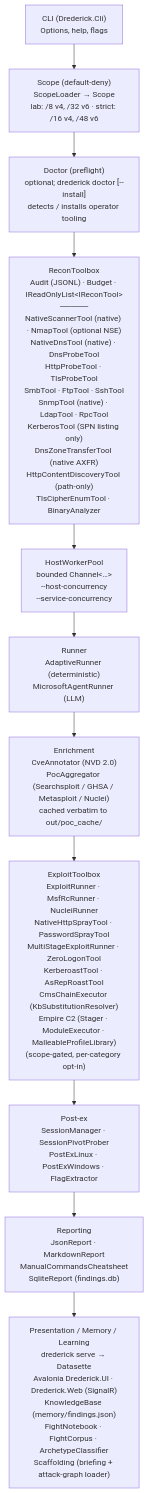
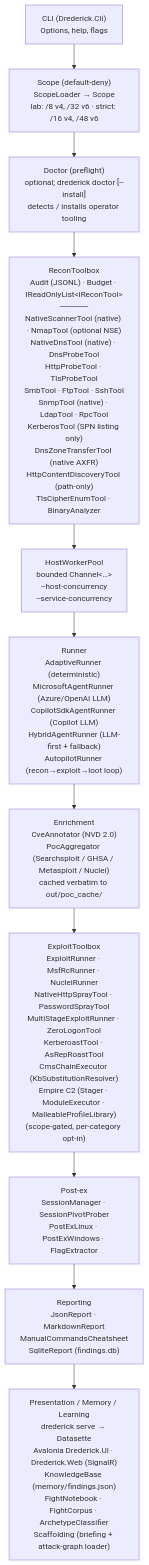
Before and after one commit to SchwartzKamel/drederick: the diagram in docs/ARCHITECTURE.md, drawn with Mermaid. The commit also changed 1 other file, not shown here.

Commit message:
docs(audit): sync Mermaid diagrams with v0.4.0 components (#21)
ARCHITECTURE.md (layered subsystem diagram):
- Runner node now lists CopilotSdkAgentRunner, HybridAgentRunner, and
  AutopilotRunner alongside AdaptiveRunner / MicrosoftAgentRunner so the
  diagram matches src/Drederick/Agent/ + src/Drederick/Autopilot/ today.

POST_EXPLOITATION.md (post-ex data flow):
- LLM node now includes LlmExecShellTool and LlmNotebookTool in addition
  to LlmExploitTools, reflecting src/Drederick/Exploit/LlmExecShellTool.cs
  and src/Drederick/Agent/LlmNotebookTool.cs.

Other diagrams reviewed and current:
- README.md short architecture diagram (already mentions HybridAgentRunner).
- docs/UI.md (UI→Host→Scanners — structurally accurate).
- docs/DATASETTE.md (ER diagram — schema accurate).

````diff
--- a/docs/ARCHITECTURE.md
+++ b/docs/ARCHITECTURE.md
@@ -74,16 +74,16 @@
 ```mermaid
 flowchart TD
     CLI["CLI (Drederick.Cli)<br/>Options, help, flags"]
     Scope["Scope (default-deny)<br/>ScopeLoader → Scope<br/>lab: /8 v4, /32 v6 · strict: /16 v4, /48 v6"]
     Doctor["Doctor (preflight)<br/>optional; drederick doctor [--install]<br/>detects / installs operator tooling"]
     Toolbox["ReconToolbox<br/>Audit (JSONL) · Budget · IReadOnlyList&lt;IReconTool&gt;<br/>─────<br/>NativeScannerTool (native) · NmapTool (optional NSE)<br/>NativeDnsTool (native) · DnsProbeTool<br/>HttpProbeTool · TlsProbeTool<br/>SmbTool · FtpTool · SshTool<br/>SnmpTool (native) · LdapTool · RpcTool<br/>KerberosTool (SPN listing only)<br/>DnsZoneTransferTool (native AXFR)<br/>HttpContentDiscoveryTool (path-only)<br/>TlsCipherEnumTool · BinaryAnalyzer"]
     Pool["HostWorkerPool<br/>bounded Channel&lt;…&gt;<br/>--host-concurrency<br/>--service-concurrency"]
-    Runner["Runner<br/>AdaptiveRunner (deterministic)<br/>MicrosoftAgentRunner (LLM)"]
+    Runner["Runner<br/>AdaptiveRunner (deterministic)<br/>MicrosoftAgentRunner (Azure/OpenAI LLM)<br/>CopilotSdkAgentRunner (Copilot LLM)<br/>HybridAgentRunner (LLM-first + fallback)<br/>AutopilotRunner (recon→exploit→loot loop)"]
     Enrich["Enrichment<br/>CveAnnotator (NVD 2.0)<br/>PocAggregator (Searchsploit / GHSA / Metasploit / Nuclei)<br/>cached verbatim to out/poc_cache/"]
     Exploit["ExploitToolbox<br/>ExploitRunner · MsfRcRunner · NucleiRunner<br/>NativeHttpSprayTool · PasswordSprayTool<br/>MultiStageExploitRunner · ZeroLogonTool<br/>KerberoastTool · AsRepRoastTool<br/>CmsChainExecutor (KbSubstitutionResolver)<br/>Empire C2 (Stager · ModuleExecutor · MalleableProfileLibrary)<br/>(scope-gated, per-category opt-in)"]
     PostEx["Post-ex<br/>SessionManager · SessionPivotProber<br/>PostExLinux · PostExWindows · FlagExtractor"]
     Report["Reporting<br/>JsonReport · MarkdownReport<br/>ManualCommandsCheatsheet<br/>SqliteReport (findings.db)"]
     Present["Presentation / Memory / Learning<br/>drederick serve → Datasette<br/>Avalonia Drederick.UI · Drederick.Web (SignalR)<br/>KnowledgeBase (memory/findings.json)<br/>FightNotebook · FightCorpus · ArchetypeClassifier<br/>Scaffolding (briefing + attack-graph loader)"]
 
     CLI --> Scope --> Doctor --> Toolbox --> Pool --> Runner --> Enrich --> Exploit --> PostEx --> Report --> Present
 ```
````
